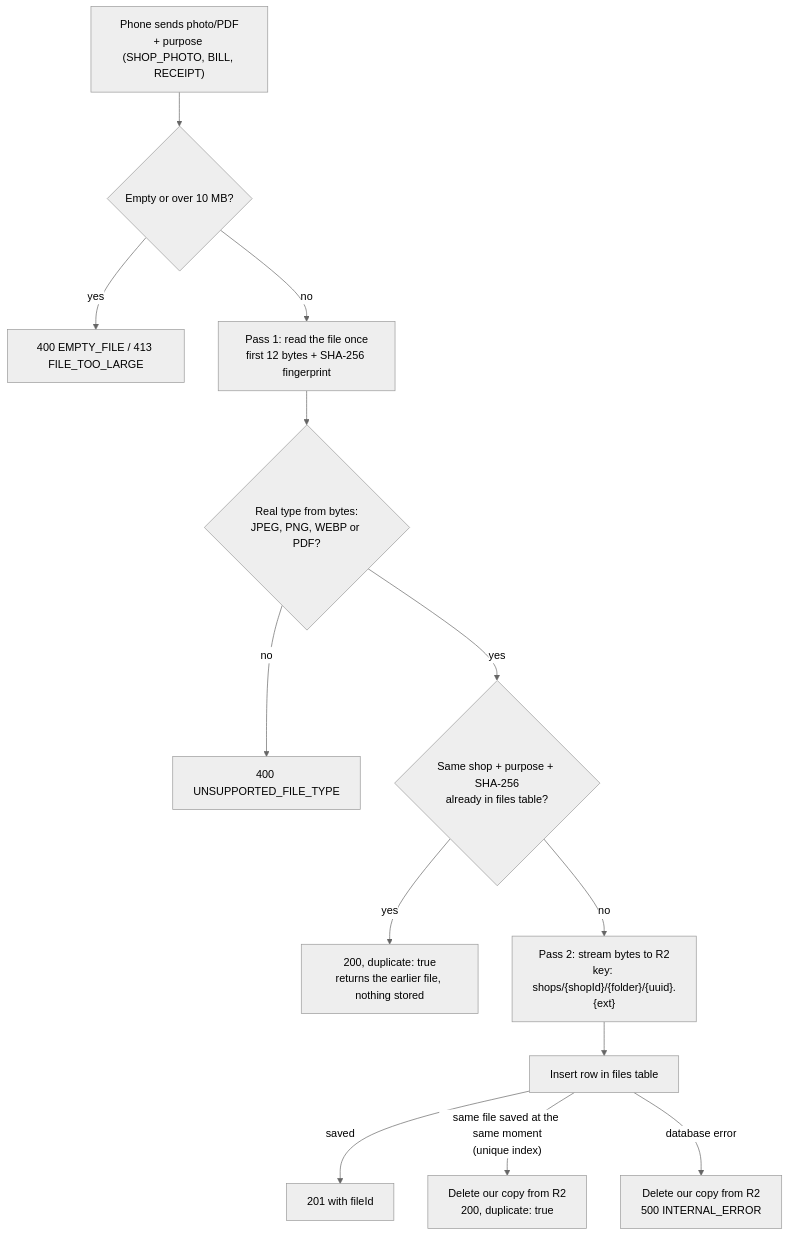
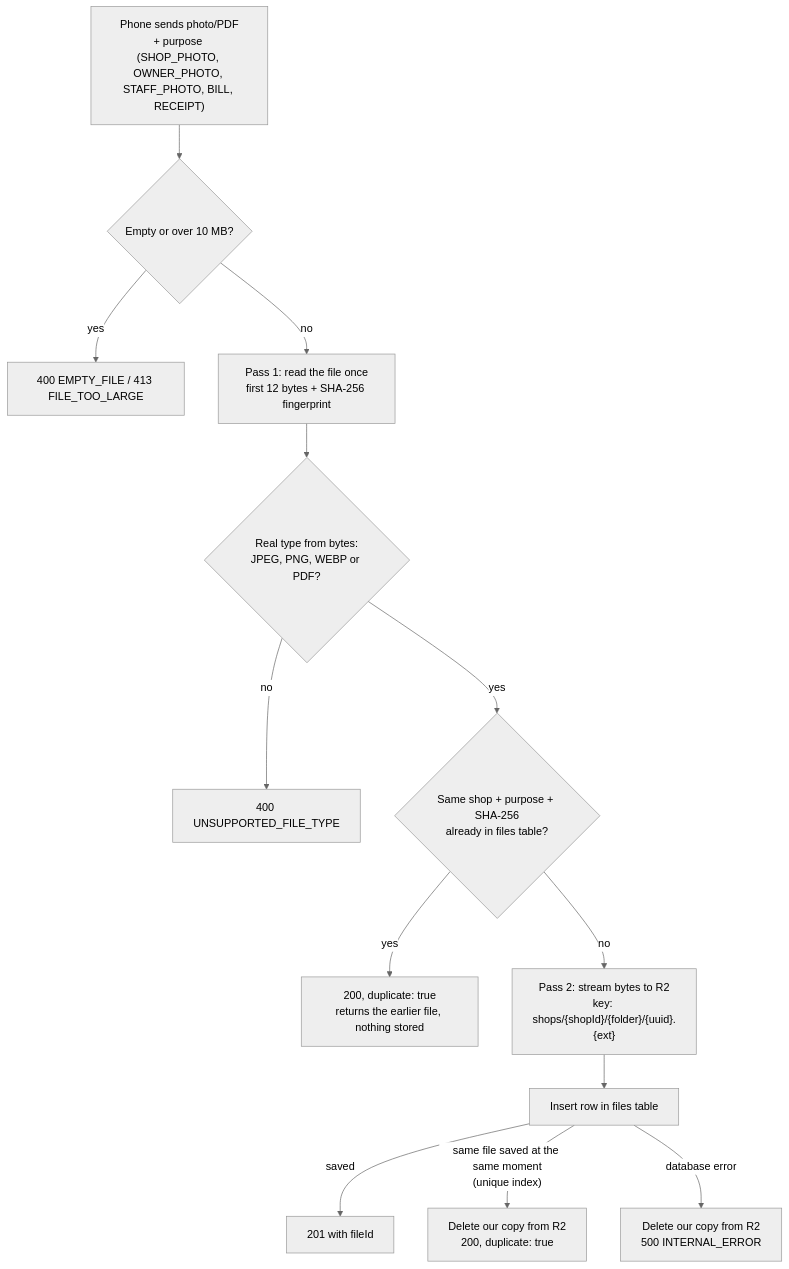
One commit to Premanshu-jha/apni-dukan-backend changed the second of 8 diagrams in README.md. Above: the diagram before and after it, drawn with Mermaid (neutral theme). The commit also changed other lines of this file and 2 other files, not shown here.

First line of the commit message:
11. Docs: README (registration, salon setup, bookings, daily work, messages, go-live keys), api.http requests for the whole salon flow

````diff
--- a/README.md
+++ b/README.md
@@ -37,15 +39,15 @@
 ```mermaid
 flowchart TD
-    A["Phone sends photo/PDF<br/>+ purpose (SHOP_PHOTO, BILL, RECEIPT)"] --> B{"Empty or over 10 MB?"}
+    A["Phone sends photo/PDF<br/>+ purpose (SHOP_PHOTO, OWNER_PHOTO, STAFF_PHOTO, BILL, RECEIPT)"] --> B{"Empty or over 10 MB?"}
     B -- yes --> E1["400 EMPTY_FILE / 413 FILE_TOO_LARGE"]
     B -- no --> C["Pass 1: read the file once<br/>first 12 bytes + SHA-256 fingerprint"]
     C --> D{"Real type from bytes:<br/>JPEG, PNG, WEBP or PDF?"}
     D -- no --> E2["400 UNSUPPORTED_FILE_TYPE"]
     D -- yes --> F{"Same shop + purpose + SHA-256<br/>already in files table?"}
     F -- yes --> G["200, duplicate: true<br/>returns the earlier file, nothing stored"]
     F -- no --> H["Pass 2: stream bytes to R2<br/>key: shops/{shopId}/{folder}/{uuid}.{ext}"]
     H --> I["Insert row in files table"]
     I -- saved --> J["201 with fileId"]
     I -- "same file saved at the same moment<br/>(unique index)" --> K["Delete our copy from R2<br/>200, duplicate: true"]
     I -- "database error" --> L["Delete our copy from R2<br/>500 INTERNAL_ERROR"]
 ```
````
